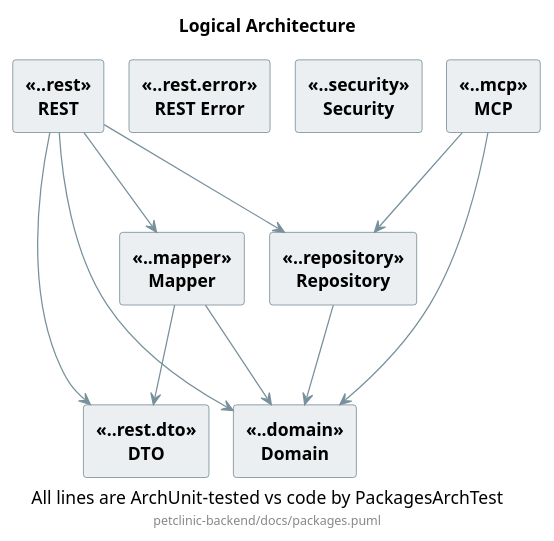
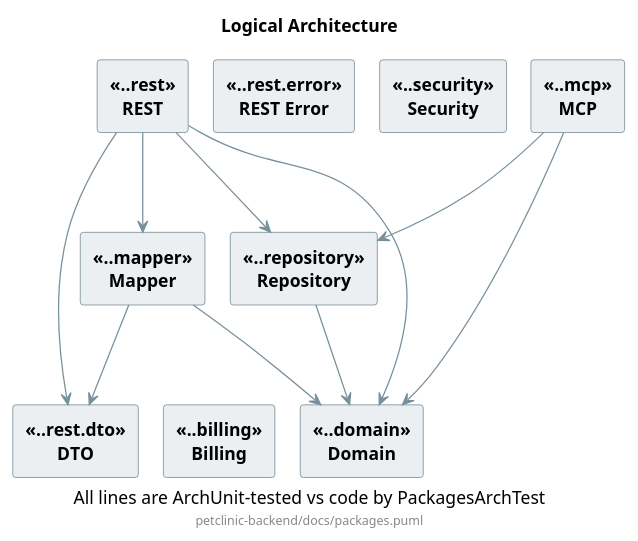
One commit to pmattiollo/petclinic changed the diagram in petclinic-backend/docs/packages.puml. Above: the diagram before and after it, drawn with PlantUML. The commit also changed 2 other files, not shown here.

Commit message:
docs(arch): register the billing package in the C3 and package models
Commit f1aa0f3 added victor.training.petclinic.billing without declaring
it, so C3ArchTest and PackagesArchTest failed on unmapped-package drift.
Billing depends on nothing and nothing depends on it, so it joins depth 0
with no edges.

```diff
--- a/petclinic-backend/docs/packages.puml
+++ b/petclinic-backend/docs/packages.puml
@@ -1,86 +1,88 @@
 @startuml
 
 title Logical Architecture
 caption All lines are ArchUnit-tested vs code by PackagesArchTest
 footer petclinic-backend/docs/packages.puml
 
 ' ── The recipe (portable — copy this whole layout trick to any project) ───────
 ' 1. GRAVITY. A package is drawn below everything that depends on it, so every
 '    arrow points downwards. Depth of a package = length of the longest chain of
 '    dependencies starting at it; depth 0 (packages that depend on nothing) goes
 '    at the bottom. That is a computation, not an opinion — no layer names here.
 '
 ' 2. INVISIBLE ANCHORS. Depths are held apart by a blank `label` per boundary,
 '    pinned by `-[hidden]->` arrows from every package above it and to every
 '    package below it. Nothing is drawn — the anchor only claims a row of its
 '    own, which is what forces the packages onto separate rows. Do NOT pin with
 '    hidden arrows between packages: ArchUnit reads those as real dependencies
 '    and the diagram would start permitting deps the code does not have. It
 '    drops the ones pointing at `sepN`, because `sepN` is not a component.
 '
 ' 3. CYCLES ARE RED. A bidirectional dependency is ONE red double-headed line.
 '    ArchUnit cannot parse `<-->` arrows, so back each red line with two
 '    `-[hidden]->` arrows, which it *does* parse as the two directed edges:
 '        [A] <-[#red,thickness=2]-> [B]
 '        [A] -[hidden]-> [B]
 '        [B] -[hidden]-> [A]
 '    No cycle exists here today; the convention is in place so one shows up red.
 ' ─────────────────────────────────────────────────────────────────────────────
 
 skinparam shadowing false
 skinparam componentStyle rectangle
 skinparam nodesep 20
 skinparam ranksep 30
 <style>
 component {
   BackGroundColor #ECEFF1
   LineColor #546E7A
   FontStyle bold
 }
 arrow {
   LineColor #78909C
 }
 </style>
 
 ' depth 2
 [REST] <<..rest>>
 [MCP] <<..mcp>>
 [REST Error] <<..rest.error>>
 [Security] <<..security>>
 
 ' depth 1
 [Mapper] <<..mapper>>
 [Repository] <<..repository>>
 
 ' depth 0
 [DTO] <<..rest.dto>>
 [Domain] <<..domain>>
+[Billing] <<..billing>>
 
 label " " as sep1
 label " " as sep2
 
 [Repository] --> [Domain]
 [Mapper] --> [Domain]
 [Mapper] --> [DTO]
 [REST] --> [Domain]
 [REST] --> [Repository]
 [REST] --> [Mapper]
 [REST] --> [DTO]
 [MCP] --> [Domain]
 [MCP] --> [Repository]
 
 ' depth 2 sits above depth 1
 [REST] -[hidden]-> sep1
 [MCP] -[hidden]-> sep1
 [REST Error] -[hidden]-> sep1
 [Security] -[hidden]-> sep1
 sep1 -[hidden]-> [Mapper]
 sep1 -[hidden]-> [Repository]
 
 ' depth 1 sits above depth 0
 [Mapper] -[hidden]-> sep2
 [Repository] -[hidden]-> sep2
 sep2 -[hidden]-> [DTO]
 sep2 -[hidden]-> [Domain]
+sep2 -[hidden]-> [Billing]
 
 @enduml
```
